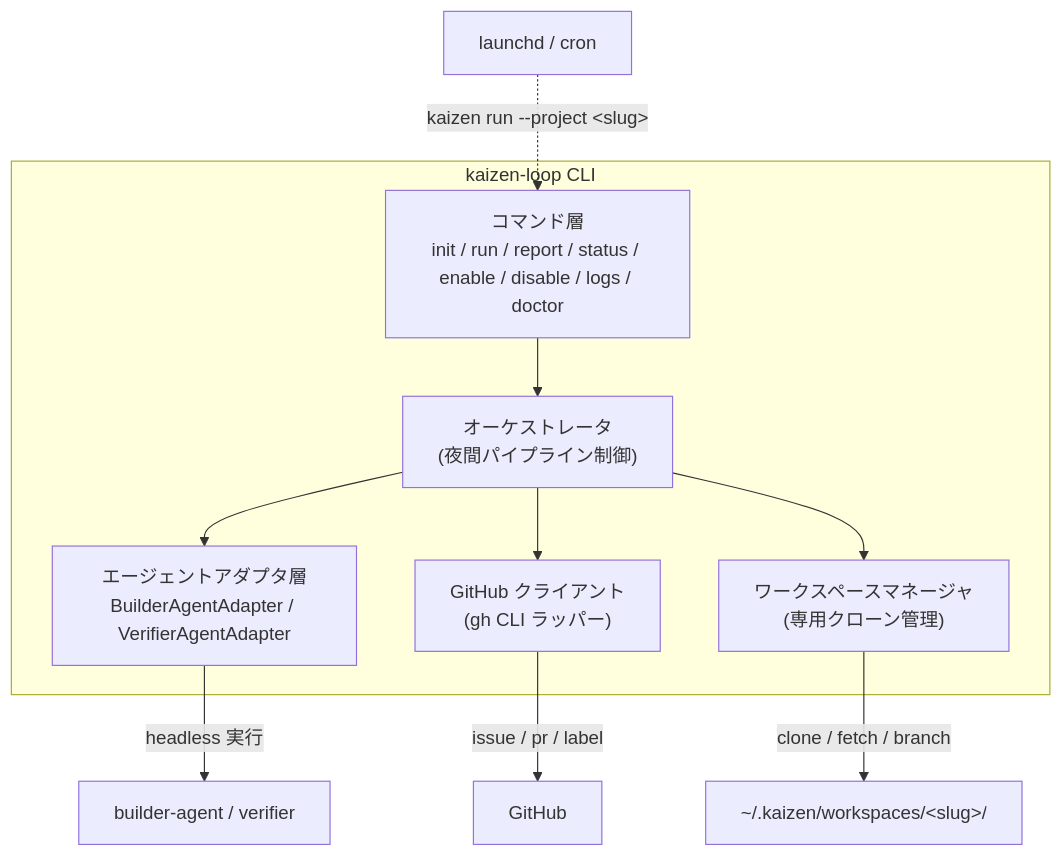
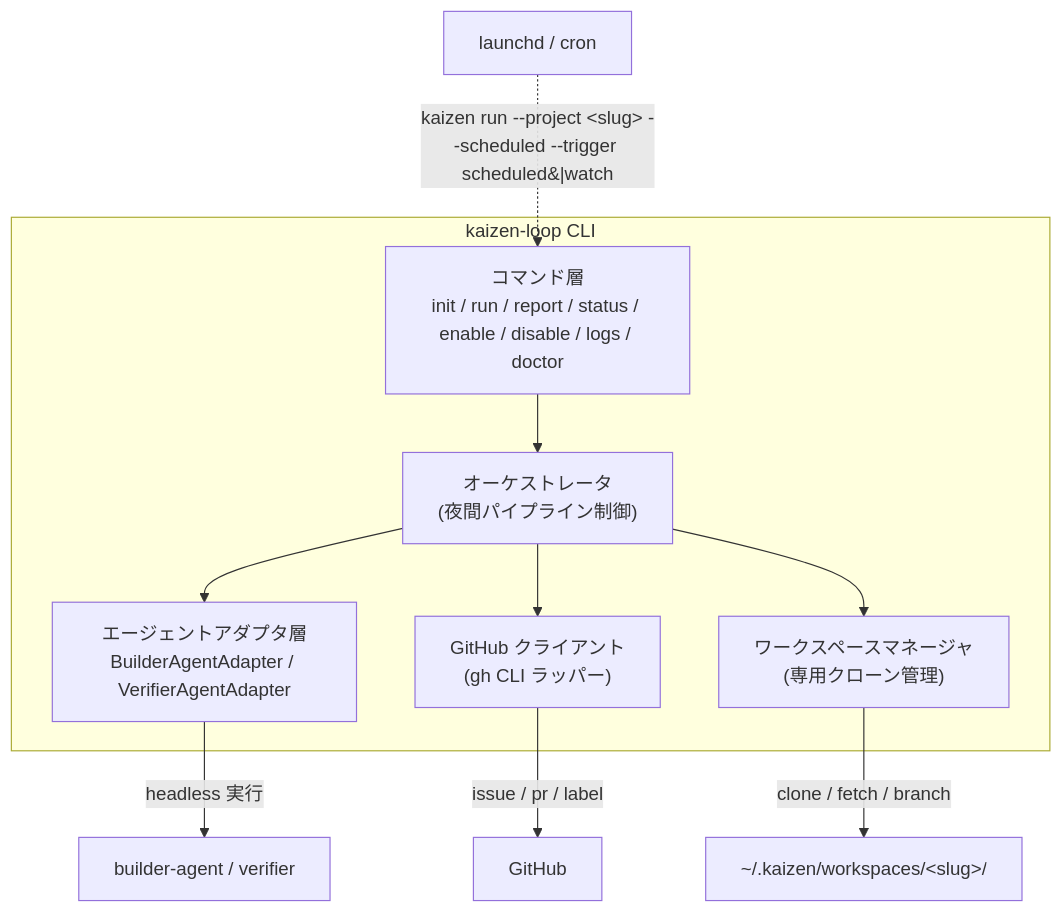
The diagram in docs/01-architecture.md (kaizen-agents-org/kaizen-loop), drawn with Mermaid before and after one commit. The commit also changed 6 other files, not shown here.

````diff
--- a/docs/01-architecture.md
+++ b/docs/01-architecture.md
@@ -7,18 +7,18 @@
 ```mermaid
 flowchart TB
     subgraph cli["kaizen-loop CLI"]
         CMD["コマンド層<br/>init / run / report / status / enable / disable / logs / doctor"]
         ORCH["オーケストレータ<br/>(夜間パイプライン制御)"]
         ADAPT["エージェントアダプタ層<br/>BuilderAgentAdapter / VerifierAgentAdapter"]
         GHC["GitHub クライアント<br/>(gh CLI ラッパー)"]
         WSM["ワークスペースマネージャ<br/>(専用クローン管理)"]
     end
     CMD --> ORCH
     ORCH --> ADAPT
     ORCH --> GHC
     ORCH --> WSM
     ADAPT -->|"headless 実行"| EXT1["builder-agent / verifier"]
     GHC -->|"issue / pr / label"| EXT2["GitHub"]
     WSM -->|"clone / fetch / branch"| EXT3["~/.kaizen/workspaces/&lt;slug&gt;/"]
-    SCHED["launchd / cron"] -.->|"kaizen run --project &lt;slug&gt;"| CMD
+    SCHED["launchd / cron"] -.->|"kaizen run --project &lt;slug&gt; --scheduled --trigger scheduled&#124;watch"| CMD
 ```
````
